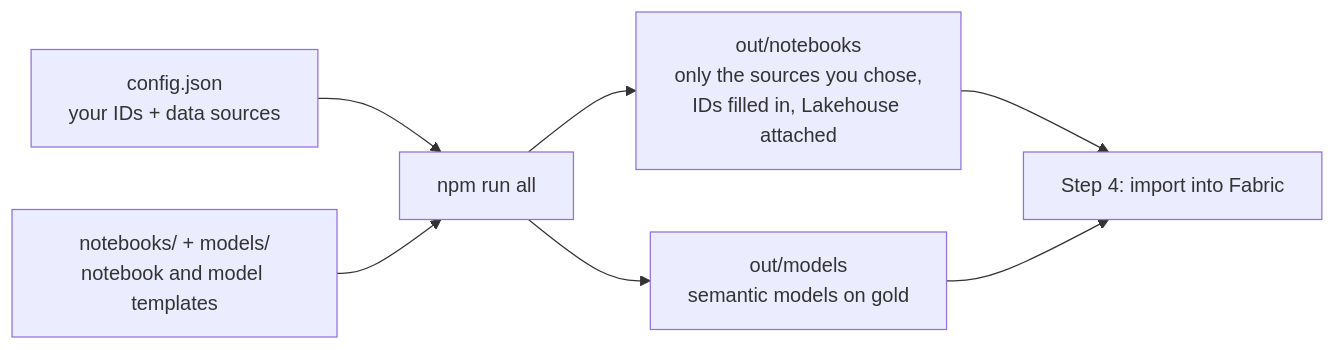
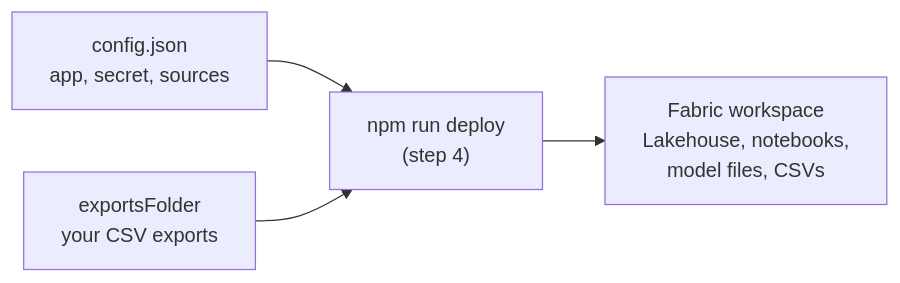
Before and after one commit to microsoft/universal-lake: the diagram in 03-configure/README.md, drawn with Mermaid. The commit also changed other lines of this file and 29 other files, not shown here.

First line of the commit message:
Scripted deploy: npm run deploy sets up the Fabric side

````diff
--- a/03-configure/README.md
+++ b/03-configure/README.md
@@ -5,9 +5,6 @@
 ```mermaid
 flowchart LR
-  A["config.json<br/>your IDs + data sources"] --> B["npm run all"]
-  S["notebooks/ + models/<br/>notebook and model templates"] --> B
-  B --> N["out/notebooks<br/>only the sources you chose,<br/>IDs filled in, Lakehouse attached"]
-  B --> M["out/models<br/>semantic models on gold"]
-  N --> I["Step 4: import into Fabric"]
-  M --> I
+  A["config.json<br/>app, secret, sources"] --> D["npm run deploy<br/>(step 4)"]
+  E["exportsFolder<br/>your CSV exports"] --> D
+  D --> F["Fabric workspace<br/>Lakehouse, notebooks,<br/>model files, CSVs"]
 ```
````
